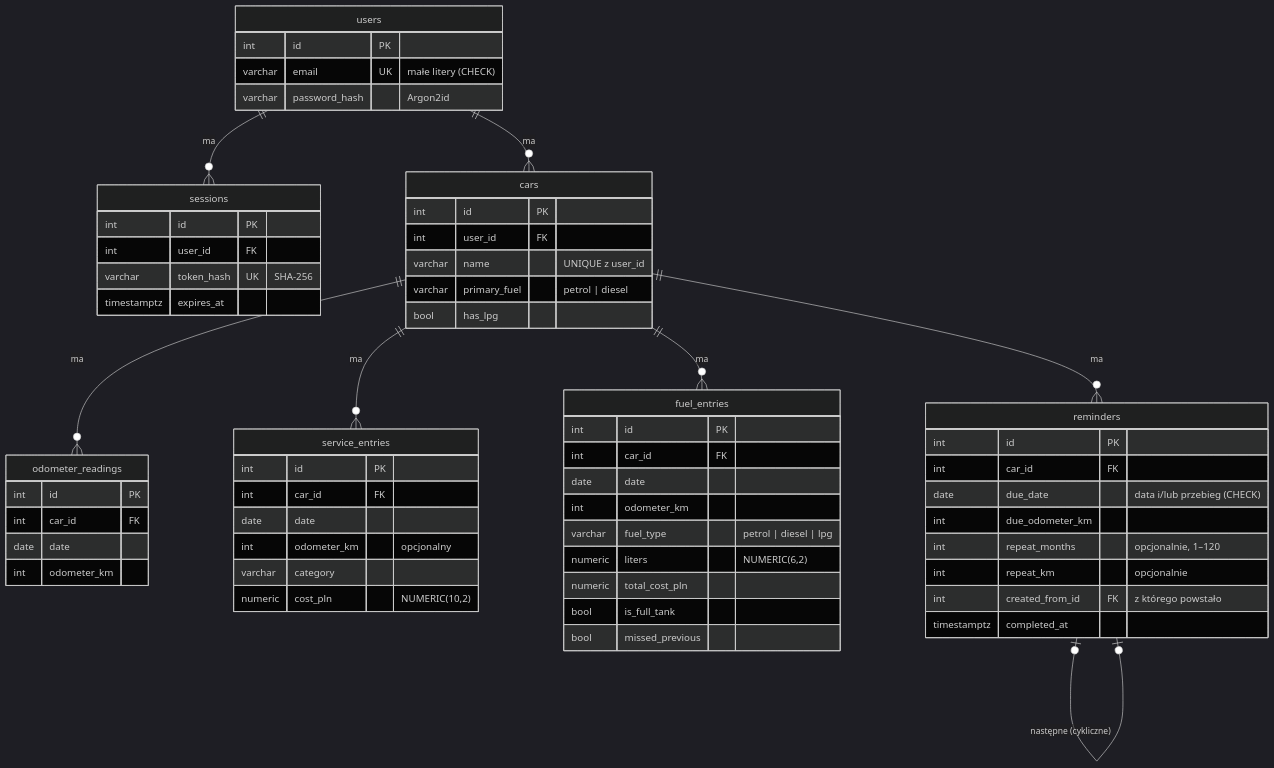
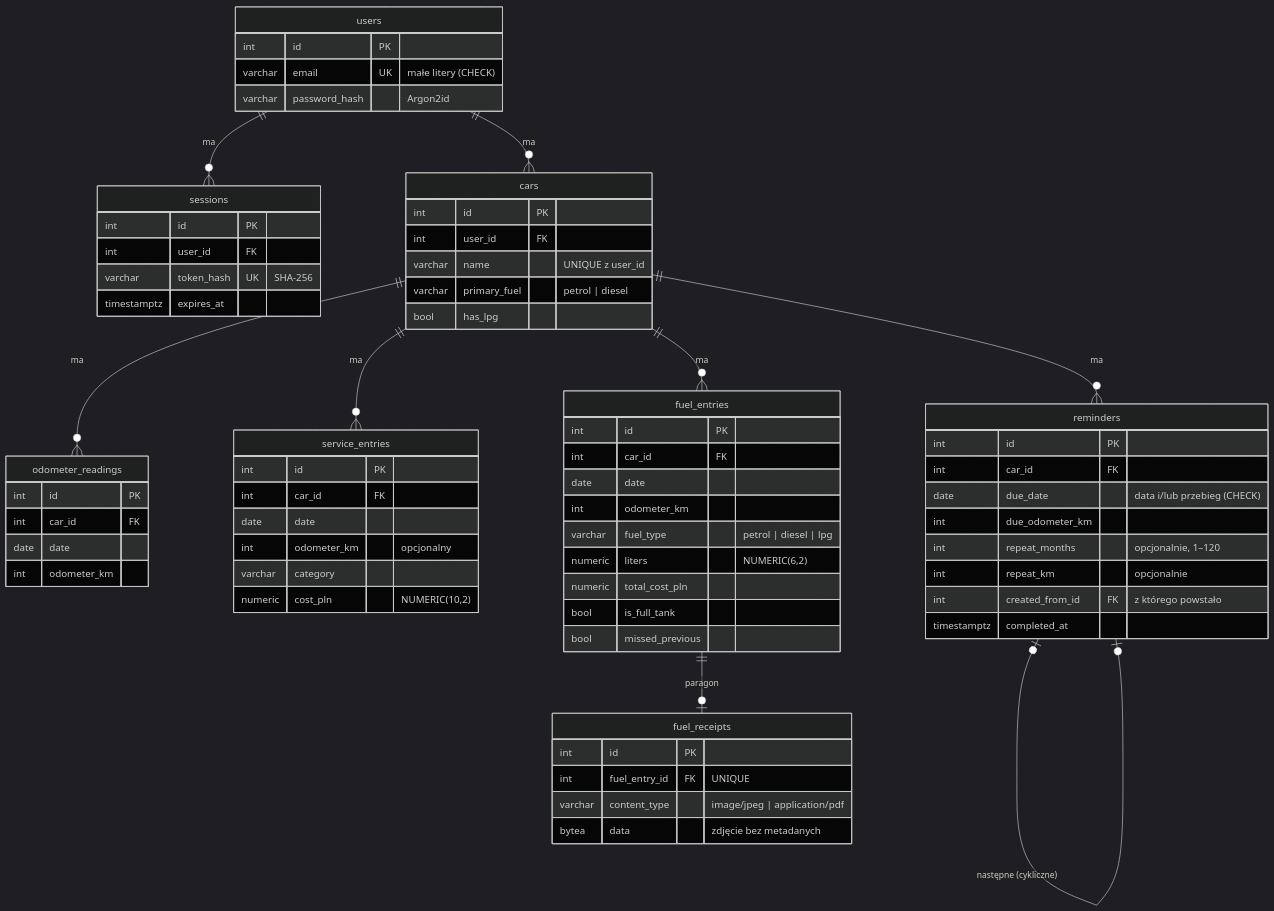
Before and after one commit to PSkrzyp11/GarageLog: the second of 3 diagrams in docs/architecture.md, drawn with Mermaid (dark theme). The commit also changed 19 other files, not shown here.

````diff
--- a/docs/architecture.md
+++ b/docs/architecture.md
@@ -43,64 +43,71 @@
 ```mermaid
 erDiagram
     users ||--o{ sessions : "ma"
     users ||--o{ cars : "ma"
     cars ||--o{ odometer_readings : "ma"
     cars ||--o{ service_entries : "ma"
     cars ||--o{ fuel_entries : "ma"
+    fuel_entries ||--o| fuel_receipts : "paragon"
     cars ||--o{ reminders : "ma"
     reminders |o--o| reminders : "następne (cykliczne)"
 
     users {
         int id PK
         varchar email UK "małe litery (CHECK)"
         varchar password_hash "Argon2id"
     }
     sessions {
         int id PK
         int user_id FK
         varchar token_hash UK "SHA-256"
         timestamptz expires_at
     }
     cars {
         int id PK
         int user_id FK
         varchar name "UNIQUE z user_id"
         varchar primary_fuel "petrol | diesel"
         bool has_lpg
     }
     odometer_readings {
         int id PK
         int car_id FK
         date date
         int odometer_km
     }
     service_entries {
         int id PK
         int car_id FK
         date date
         int odometer_km "opcjonalny"
         varchar category
         numeric cost_pln "NUMERIC(10,2)"
     }
     fuel_entries {
         int id PK
         int car_id FK
         date date
         int odometer_km
         varchar fuel_type "petrol | diesel | lpg"
         numeric liters "NUMERIC(6,2)"
         numeric total_cost_pln
         bool is_full_tank
         bool missed_previous
     }
+    fuel_receipts {
+        int id PK
+        int fuel_entry_id FK "UNIQUE"
+        varchar content_type "image/jpeg | application/pdf"
+        bytea data "zdjęcie bez metadanych"
+    }
     reminders {
         int id PK
         int car_id FK
         date due_date "data i/lub przebieg (CHECK)"
         int due_odometer_km
         int repeat_months "opcjonalnie, 1–120"
         int repeat_km "opcjonalnie"
         int created_from_id FK "z którego powstało"
         timestamptz completed_at
     }
 ```
````
